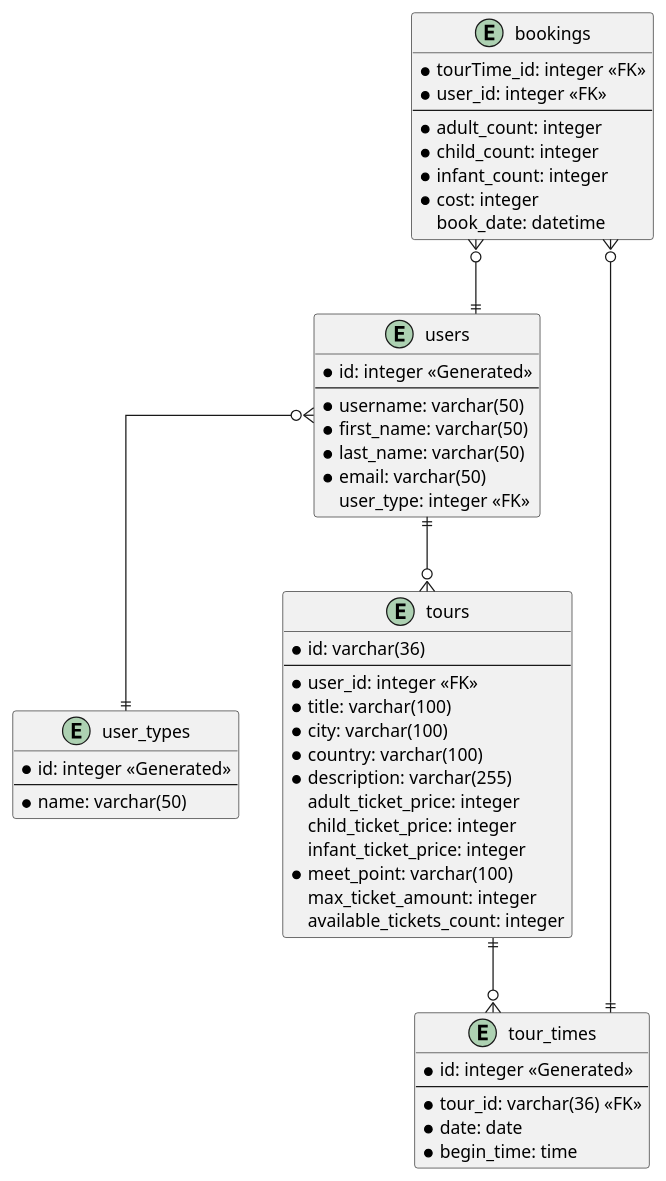
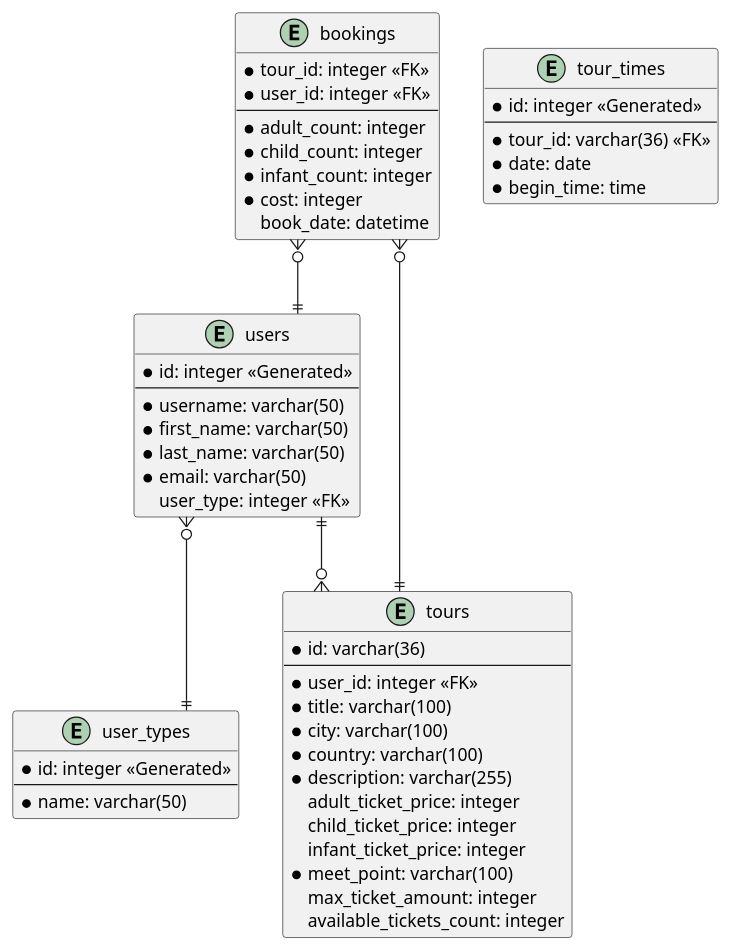
One commit to WaalerThomas/ITF20319_Gruppe13 changed the diagram in models/database.puml. Above: the diagram before and after it, drawn with PlantUML. The commit also changed 2 other files, not shown here.

Commit message:
Implemented getBookingsByUsername in Database. Remove the tour_times table

```diff
--- a/models/database.puml
+++ b/models/database.puml
@@ -1,61 +1,62 @@
 @startuml
 skinparam linetype ortho
 
 entity users {
     *id: integer <<Generated>>
     --
     *username: varchar(50)
     *first_name: varchar(50)
     *last_name: varchar(50)
     *email: varchar(50)
     user_type: integer <<FK>>
 }
 
 entity user_types {
     *id: integer <<Generated>>
     --
     *name: varchar(50)
 }
 
 entity tours {
     *id: varchar(36)
     --
     *user_id: integer <<FK>>
     *title: varchar(100)
     *city: varchar(100)
     *country: varchar(100)
     *description: varchar(255)
     adult_ticket_price: integer
     child_ticket_price: integer
     infant_ticket_price: integer
     *meet_point: varchar(100)
     max_ticket_amount: integer
     available_tickets_count: integer
 }
 
 entity tour_times {
     *id: integer <<Generated>>
     --
     *tour_id: varchar(36) <<FK>>
     *date: date
     *begin_time: time
 }
 
 entity bookings {
-    *tourTime_id: integer <<FK>>
+    *tour_id: integer <<FK>>
     *user_id: integer <<FK>>
     --
     *adult_count: integer
     *child_count: integer
     *infant_count: integer
     *cost: integer
     book_date: datetime
 }
 
 users ||--o{ tours
 users }o--|| user_types
-tours ||--o{ tour_times
-bookings }o--|| tour_times
+'tours ||--o{ tour_times
+'bookings }o--|| tour_times
+bookings }o--|| tours
 bookings }o--|| users
 
 @enduml
```
